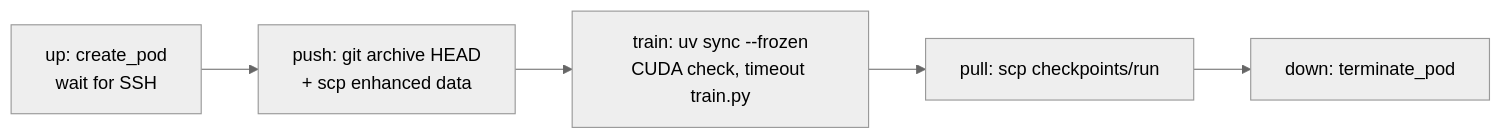
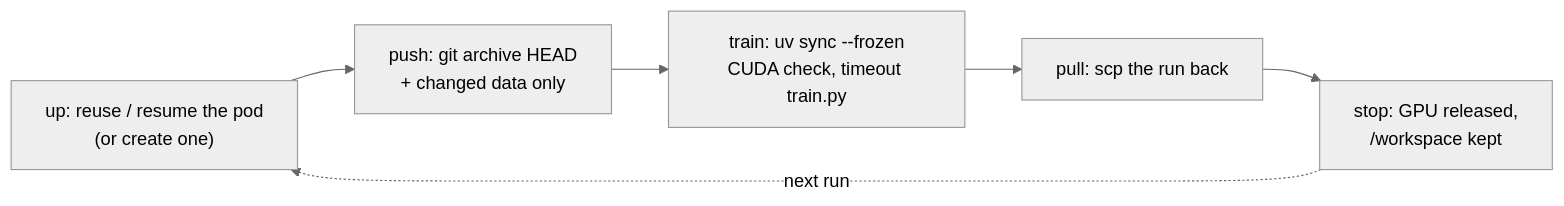
The second of 2 diagrams in docs/TRAINING.md (Gigadelux/havelAI), drawn with Mermaid (neutral theme) before and after one commit. The commit also changed other lines of this file and 3 other files, not shown here.

````diff
--- a/docs/TRAINING.md
+++ b/docs/TRAINING.md
@@ -125,7 +105,8 @@
 ```mermaid
 flowchart LR
-    U[up: create_pod<br/>wait for SSH] --> P[push: git archive HEAD<br/>+ scp enhanced data]
-    P --> T[train: uv sync --frozen<br/>CUDA check, timeout train.py]
-    T --> L[pull: scp checkpoints/run]
-    L --> D[down: terminate_pod]
+    U["up: reuse / resume the pod<br/>(or create one)"] --> P["push: git archive HEAD<br/>+ changed data only"]
+    P --> T["train: uv sync --frozen<br/>CUDA check, timeout train.py"]
+    T --> L[pull: scp the run back]
+    L --> S["stop: GPU released,<br/>/workspace kept"]
+    S -. next run .-> U
 ```
````
